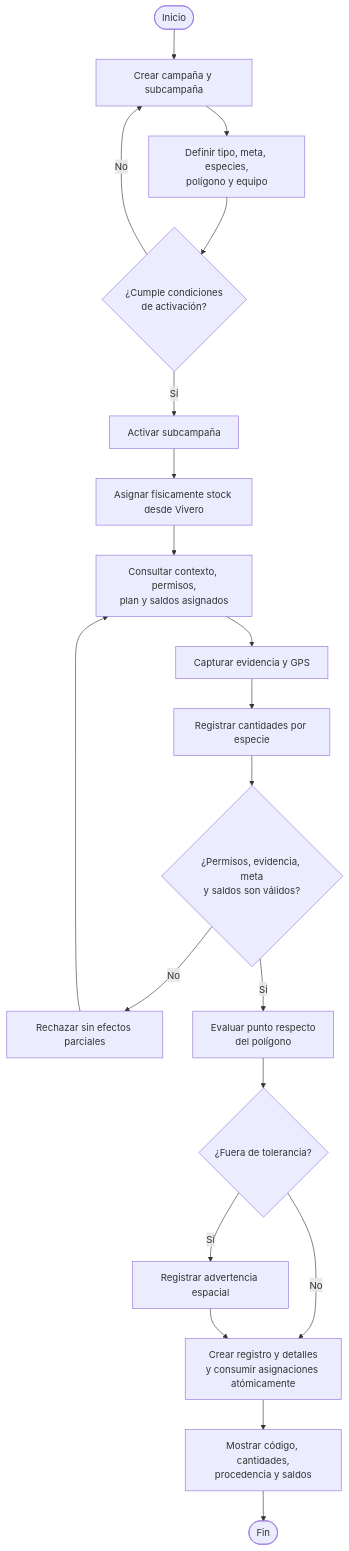
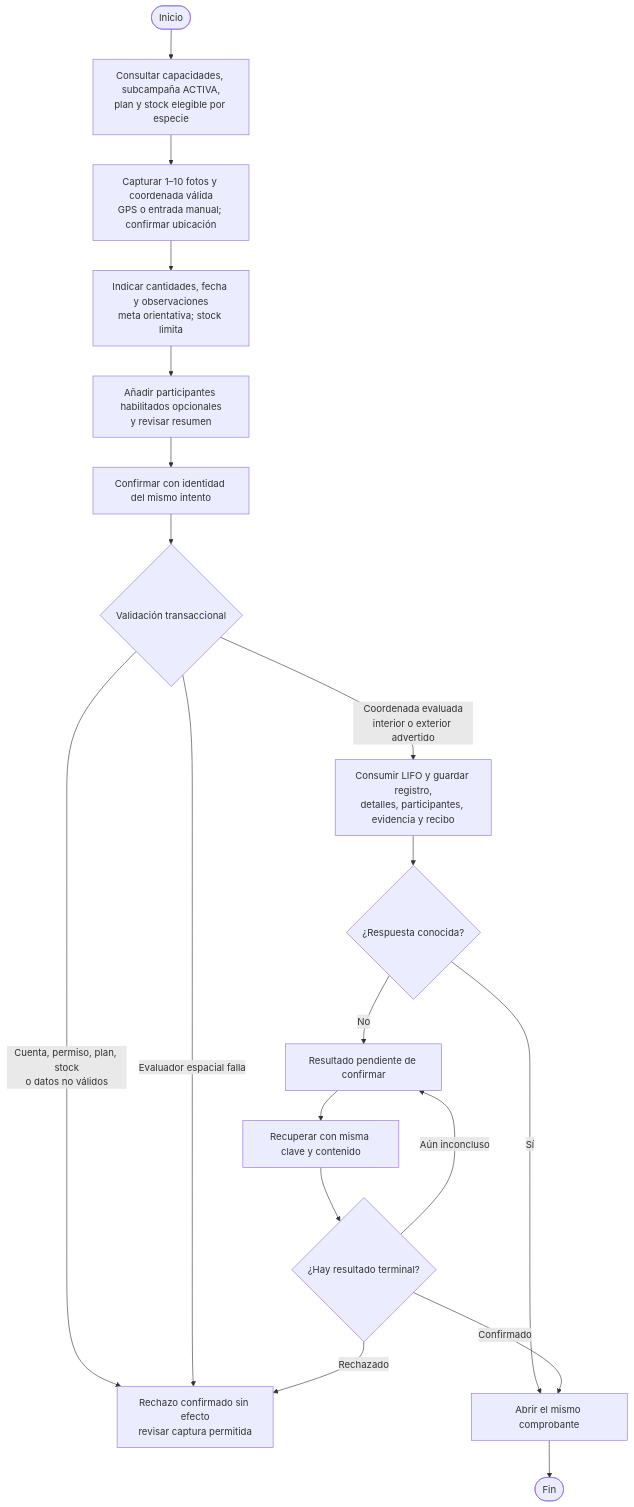
Diagram 12 of 18 in documentacion-grado/06_entregables/proyecto_grado/03_2_fase_elaboracion.md (R3foresta/r3foresta-docs), drawn with Mermaid before and after one commit. The commit also changed other lines of this file and 13 other files, not shown here.

Commit message:
docs: consolidar Elaboración RUP con diagramas actualizados

````diff
--- a/documentacion-grado/06_entregables/proyecto_grado/03_2_fase_elaboracion.md
+++ b/documentacion-grado/06_entregables/proyecto_grado/03_2_fase_elaboracion.md
@@ -425,22 +544,21 @@
 ```mermaid
 flowchart TD
-  I([Inicio]) --> C[Crear campaña y subcampaña]
-  C --> P[Definir tipo, meta, especies,<br/>polígono y equipo]
-  P --> A{¿Cumple condiciones<br/>de activación?}
-  A -- No --> C
-  A -- Sí --> AC[Activar subcampaña]
-  AC --> S[Asignar físicamente stock desde Vivero]
-  S --> X[Consultar contexto, permisos,<br/>plan y saldos asignados]
-  X --> E[Capturar evidencia y GPS]
-  E --> Q[Registrar cantidades por especie]
-  Q --> G{¿Permisos, evidencia, meta<br/>y saldos son válidos?}
-  G -- No --> R[Rechazar sin efectos parciales]
-  R --> X
-  G -- Sí --> GPS[Evaluar punto respecto<br/>del polígono]
-  GPS --> T{¿Fuera de tolerancia?}
-  T -- Sí --> W[Registrar advertencia espacial]
-  T -- No --> AT[Crear registro y detalles<br/>y consumir asignaciones atómicamente]
-  W --> AT
-  AT --> H[Mostrar código, cantidades,<br/>procedencia y saldos]
-  H --> F([Fin])
+    I(["Inicio"]) --> C["Consultar capacidades, subcampaña ACTIVA,<br/>plan y stock elegible por especie"]
+    C --> F["Capturar 1–10 fotos y coordenada válida<br/>GPS o entrada manual; confirmar ubicación"]
+    F --> Q["Indicar cantidades, fecha y observaciones<br/>meta orientativa; stock limita"]
+    Q --> P["Añadir participantes habilitados opcionales<br/>y revisar resumen"]
+    P --> K["Confirmar con identidad del mismo intento"]
+    K --> V{"Validación transaccional"}
+    V -->|"Cuenta, permiso, plan, stock<br/>o datos no válidos"| R["Rechazo confirmado sin efecto<br/>revisar captura permitida"]
+    V -->|"Evaluador espacial falla"| R
+    V -->|"Coordenada evaluada<br/>interior o exterior advertido"| T["Consumir LIFO y guardar registro,<br/>detalles, participantes, evidencia y recibo"]
+    T --> RESP{"¿Respuesta conocida?"}
+    RESP -->|"Sí"| OK["Abrir el mismo comprobante"]
+    RESP -->|"No"| U["Resultado pendiente de confirmar"]
+    U --> REC["Recuperar con misma clave y contenido"]
+    REC --> TERM{"¿Hay resultado terminal?"}
+    TERM -->|"Confirmado"| OK
+    TERM -->|"Rechazado"| R
+    TERM -->|"Aún inconcluso"| U
+    OK --> FIN(["Fin"])
 ```
````
